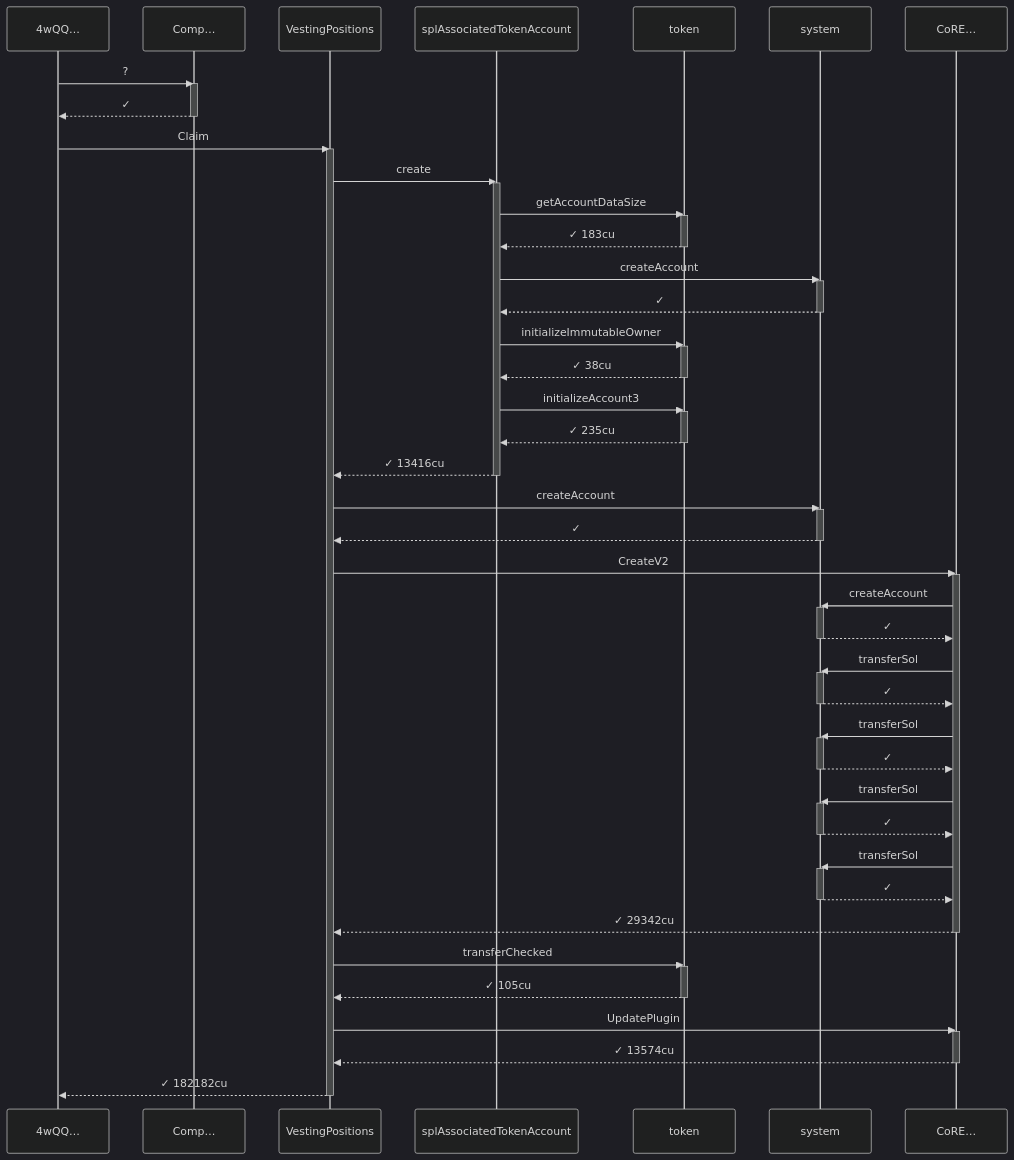
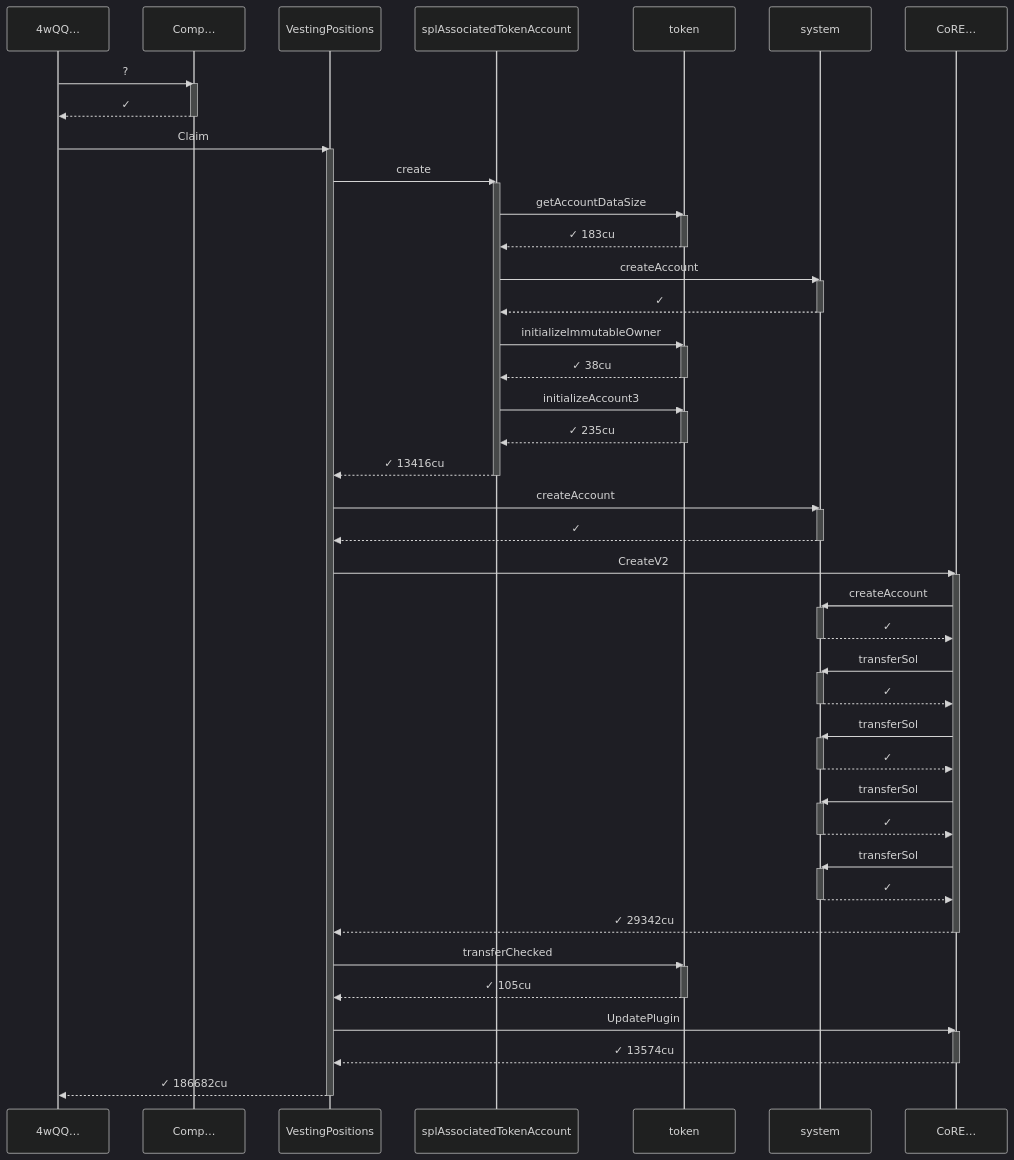
One commit to cds-turbin3/vesting-position changed the fourth of 9 diagrams in babelfish-tests/test-report/full_release_at_cliff.md. Above: the diagram before and after it, drawn with Mermaid (dark theme). The commit also changed other lines of this file and 106 other files, not shown here.

````diff
--- a/babelfish-tests/test-report/full_release_at_cliff.md
+++ b/babelfish-tests/test-report/full_release_at_cliff.md
@@ -204,74 +212,74 @@
 ```mermaid
 sequenceDiagram
     participant p0 as 4wQQ…
     participant p1 as Comp…
     participant p2 as VestingPositions
     participant p3 as splAssociatedTokenAccount
     participant p4 as token
     participant p5 as system
     participant p6 as CoRE…
     p0->>p1: ?
     activate p1
     p1-->>p0: ✓
     deactivate p1
     p0->>p2: Claim
     activate p2
     p2->>p3: create
     activate p3
     p3->>p4: getAccountDataSize
     activate p4
     p4-->>p3: ✓ 183cu
     deactivate p4
     p3->>p5: createAccount
     activate p5
     p5-->>p3: ✓
     deactivate p5
     p3->>p4: initializeImmutableOwner
     activate p4
     p4-->>p3: ✓ 38cu
     deactivate p4
     p3->>p4: initializeAccount3
     activate p4
     p4-->>p3: ✓ 235cu
     deactivate p4
     p3-->>p2: ✓ 13416cu
     deactivate p3
     p2->>p5: createAccount
     activate p5
     p5-->>p2: ✓
     deactivate p5
     p2->>p6: CreateV2
     activate p6
     p6->>p5: createAccount
     activate p5
     p5-->>p6: ✓
     deactivate p5
     p6->>p5: transferSol
     activate p5
     p5-->>p6: ✓
     deactivate p5
     p6->>p5: transferSol
     activate p5
     p5-->>p6: ✓
     deactivate p5
     p6->>p5: transferSol
     activate p5
     p5-->>p6: ✓
     deactivate p5
     p6->>p5: transferSol
     activate p5
     p5-->>p6: ✓
     deactivate p5
     p6-->>p2: ✓ 29342cu
     deactivate p6
     p2->>p4: transferChecked
     activate p4
     p4-->>p2: ✓ 105cu
     deactivate p4
     p2->>p6: UpdatePlugin
     activate p6
     p6-->>p2: ✓ 13574cu
     deactivate p6
-    p2-->>p0: ✓ 182182cu
+    p2-->>p0: ✓ 186682cu
     deactivate p2
 ```
````
